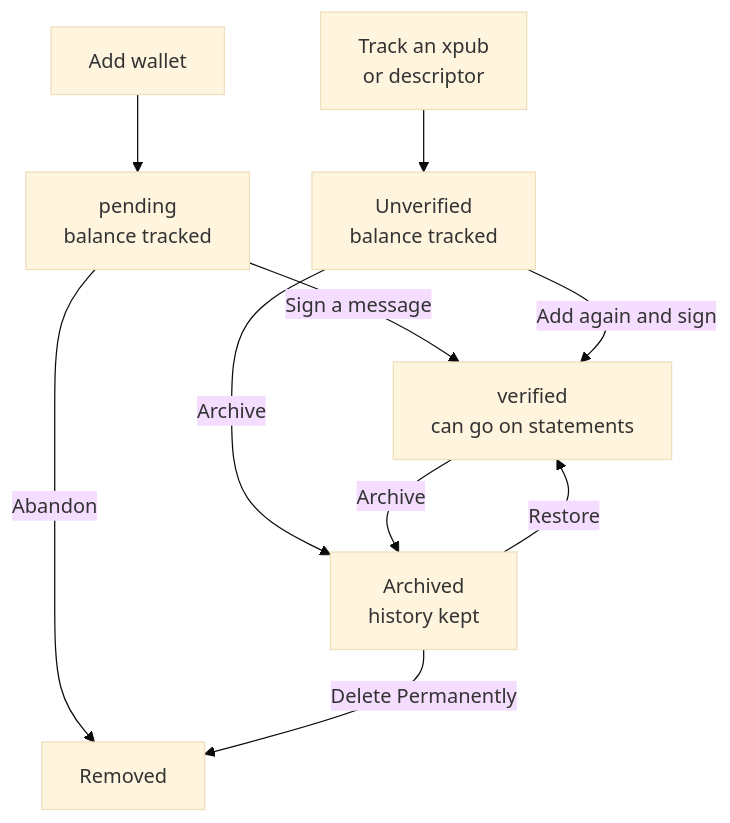
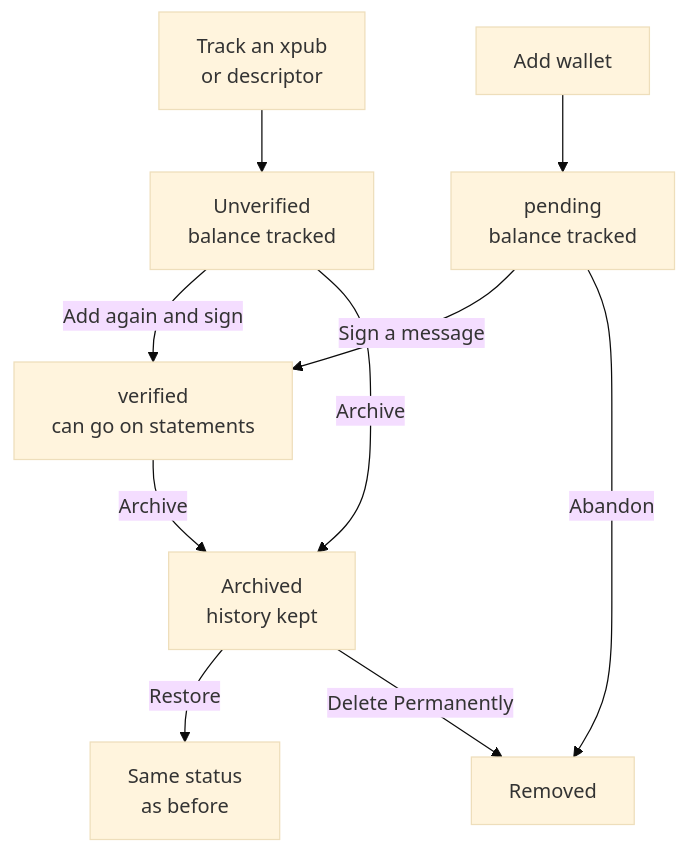
The diagram in bitcoin-control-center/accounts/how-accounts-work.mdx (hoseki-inc/docs), drawn with Mermaid (base theme) before and after one commit. The commit also changed other lines of this file and 23 other files, not shown here.

````diff
--- a/bitcoin-control-center/accounts/how-accounts-work.mdx
+++ b/bitcoin-control-center/accounts/how-accounts-work.mdx
@@ -45,12 +45,12 @@
 ```mermaid
 flowchart TD
   A["Add wallet"] --> B["pending<br/>balance tracked"]
   T["Track an xpub<br/>or descriptor"] --> U["Unverified<br/>balance tracked"]
   B -- "Sign a message" --> C["verified<br/>can go on statements"]
   U -- "Add again and sign" --> C
   B -- "Abandon" --> X["Removed"]
   U -- "Archive" --> D
   C -- "Archive" --> D["Archived<br/>history kept"]
-  D -- "Restore" --> C
+  D -- "Restore" --> R["Same status<br/>as before"]
   D -- "Delete Permanently" --> X
 ```
````
